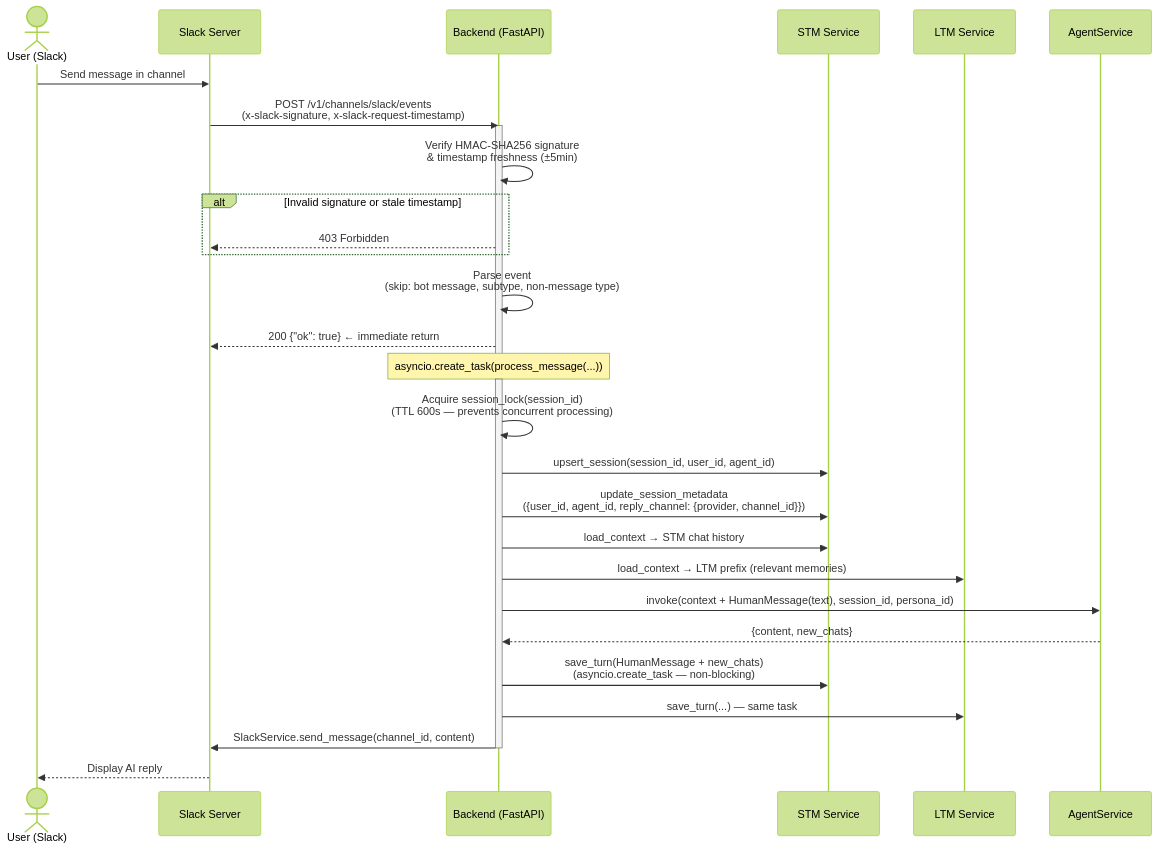
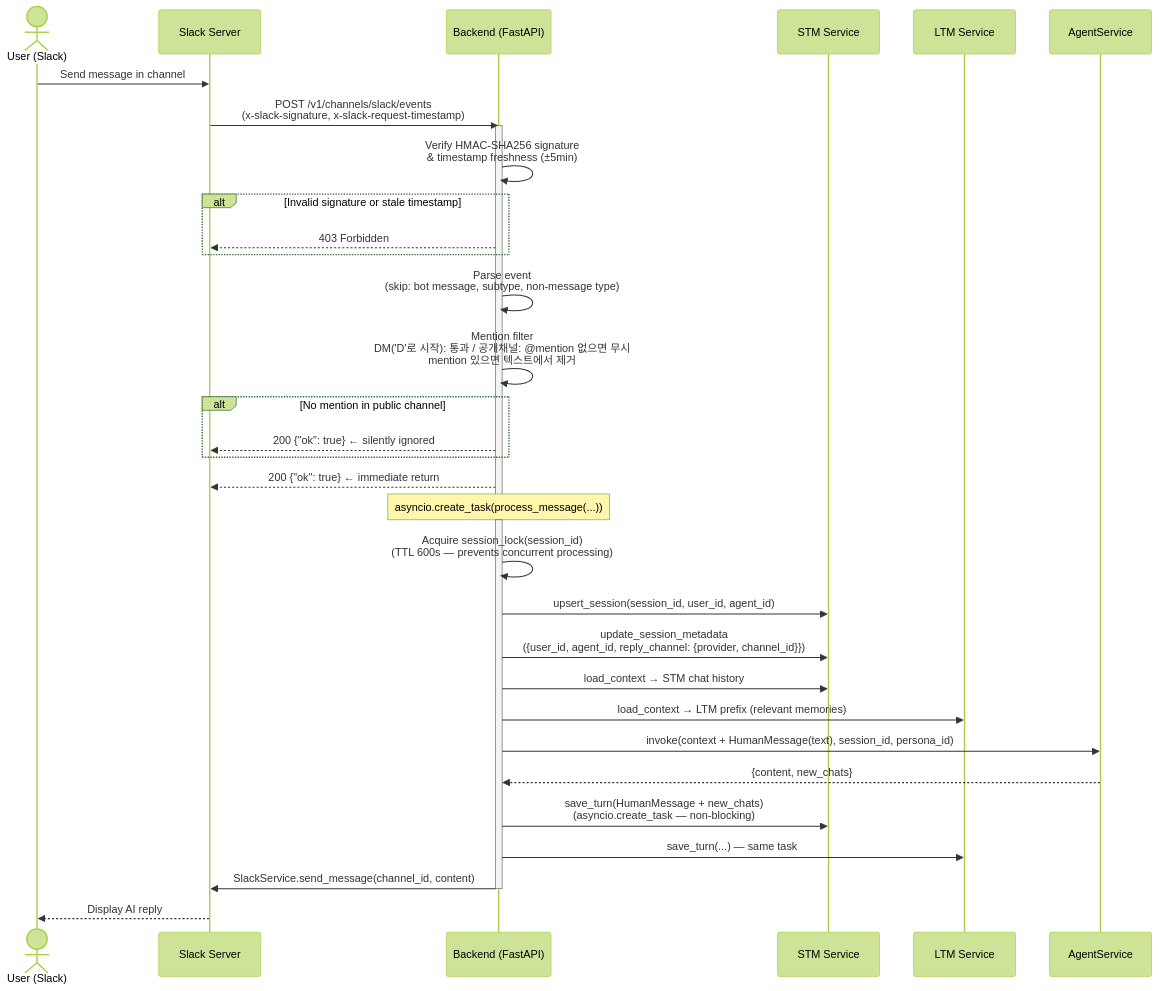
Before and after one commit to yw0nam/DesktopMatePlus: the first of 3 diagrams in docs/data_flow/channel/SLACK_MESSAGE.md, drawn with Mermaid (forest theme). The commit also changed other lines of this file and 4 other files, not shown here.

````diff
--- a/docs/data_flow/channel/SLACK_MESSAGE.md
+++ b/docs/data_flow/channel/SLACK_MESSAGE.md
@@ -18,43 +18,47 @@
 ```mermaid
 sequenceDiagram
     actor User as User (Slack)
     participant Slack as Slack Server
     participant BE as Backend (FastAPI)
     participant STM as STM Service
     participant LTM as LTM Service
     participant Agent as AgentService
 
     User->>Slack: Send message in channel
     Slack->>BE: POST /v1/channels/slack/events<br/>(x-slack-signature, x-slack-request-timestamp)
 
     activate BE
     BE->>BE: Verify HMAC-SHA256 signature<br/>& timestamp freshness (±5min)
 
     alt Invalid signature or stale timestamp
         BE-->>Slack: 403 Forbidden
     end
 
     BE->>BE: Parse event<br/>(skip: bot message, subtype, non-message type)
+    BE->>BE: Mention filter<br/>DM('D'로 시작): 통과 / 공개채널: @mention 없으면 무시<br/>mention 있으면 텍스트에서 제거
+    alt No mention in public channel
+        BE-->>Slack: 200 {"ok": true}  ← silently ignored
+    end
     BE-->>Slack: 200 {"ok": true}  ← immediate return
 
     Note over BE: asyncio.create_task(process_message(...))
     deactivate BE
 
     activate BE
     BE->>BE: Acquire session_lock(session_id)<br/>(TTL 600s — prevents concurrent processing)
     BE->>STM: upsert_session(session_id, user_id, agent_id)
     BE->>STM: update_session_metadata<br/>({user_id, agent_id, reply_channel: {provider, channel_id}})
     BE->>STM: load_context → STM chat history
     BE->>LTM: load_context → LTM prefix (relevant memories)
 
     BE->>Agent: invoke(context + HumanMessage(text), session_id, persona_id)
     Agent-->>BE: {content, new_chats}
 
     BE->>STM: save_turn(HumanMessage + new_chats)<br/>(asyncio.create_task — non-blocking)
     BE->>LTM: save_turn(...) — same task
 
     BE->>Slack: SlackService.send_message(channel_id, content)
     deactivate BE
 
     Slack-->>User: Display AI reply
 ```
````
